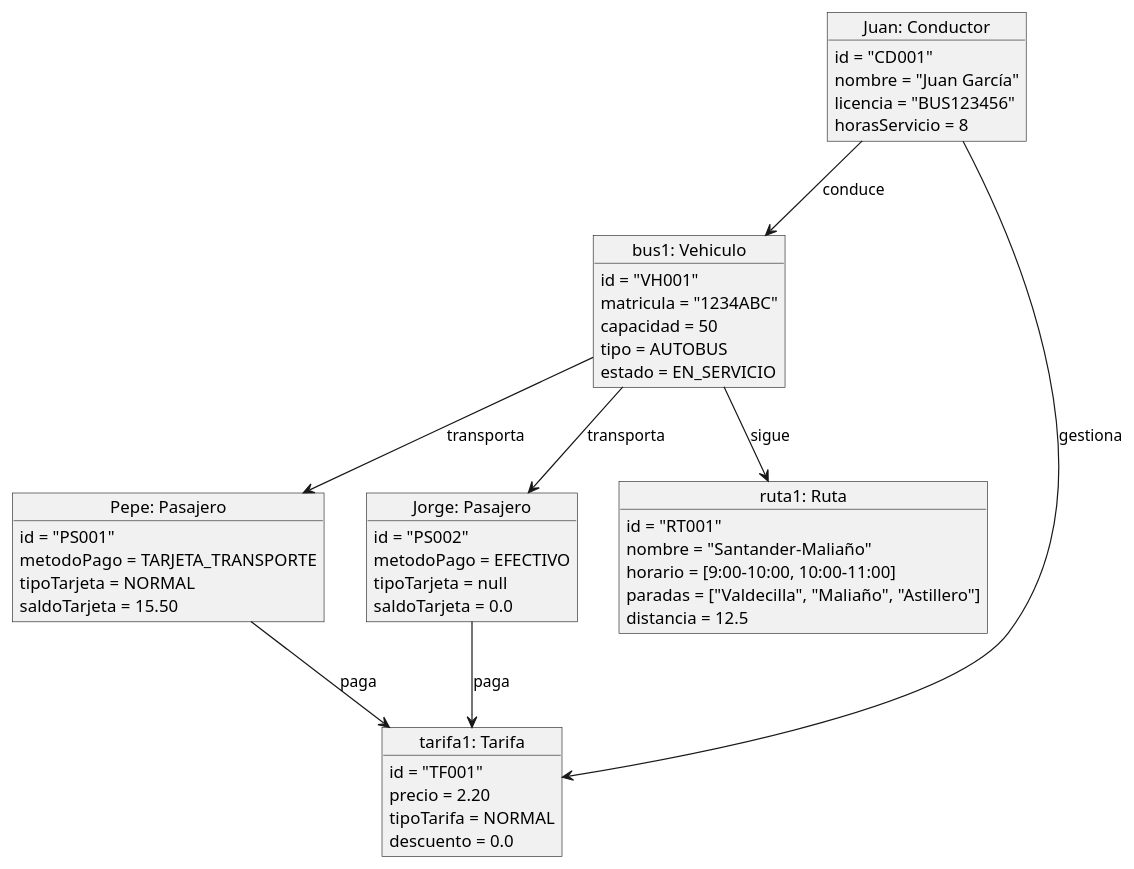
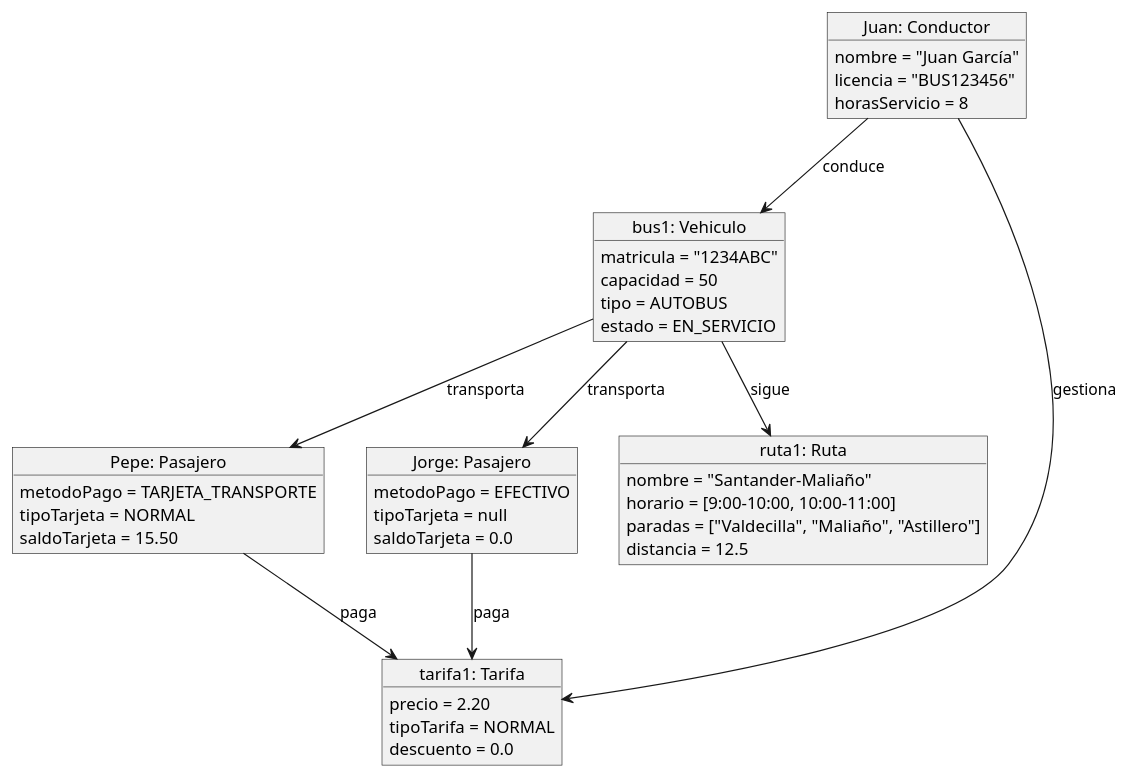
One commit to Ingenieria-Informatica-UNEATLANTICO/app-actividad-post-parcial-ceesargaarcia changed the diagram in modelosUML/examenMejorado/diagramaObjetos.puml. Above: the diagram before and after it, drawn with PlantUML. The commit also changed 3 other files, not shown here.

Commit message:
diagramas simplificados

```diff
--- a/modelosUML/examenMejorado/diagramaObjetos.puml
+++ b/modelosUML/examenMejorado/diagramaObjetos.puml
@@ -1,54 +1,48 @@
 @startuml
 object "bus1: Vehiculo" as bus1 {
-    id = "VH001"
     matricula = "1234ABC"
     capacidad = 50
     tipo = AUTOBUS
     estado = EN_SERVICIO
 }
 
 object "Juan: Conductor" as conductor1 {
-    id = "CD001"
     nombre = "Juan García"
     licencia = "BUS123456"
     horasServicio = 8
 }
 
 object "Pepe: Pasajero" as pasajero1 {
-    id = "PS001"
     metodoPago = TARJETA_TRANSPORTE
     tipoTarjeta = NORMAL
     saldoTarjeta = 15.50
 }
 
 object "Jorge: Pasajero" as pasajero2 {
-    id = "PS002"
     metodoPago = EFECTIVO
     tipoTarjeta = null
     saldoTarjeta = 0.0
 }
 
 object "ruta1: Ruta" as ruta1 {
-    id = "RT001"
     nombre = "Santander-Maliaño"
     horario = [9:00-10:00, 10:00-11:00]
     paradas = ["Valdecilla", "Maliaño", "Astillero"]
     distancia = 12.5
 }
 
 object "tarifa1: Tarifa" as tarifa1 {
-    id = "TF001"
     precio = 2.20
     tipoTarifa = NORMAL
     descuento = 0.0
 }
 
 ' Relaciones simplificadas
 conductor1 --> bus1 : conduce
 bus1 --> ruta1 : sigue
 bus1 --> pasajero1 : transporta
 bus1 --> pasajero2 : transporta
 conductor1 --> tarifa1 : gestiona
 pasajero1 --> tarifa1 : paga
 pasajero2 --> tarifa1 : paga
 @enduml
```
